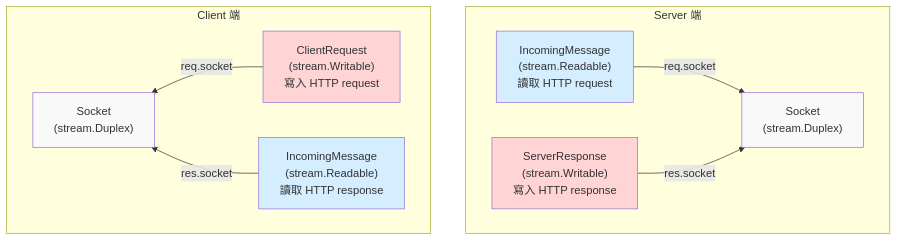
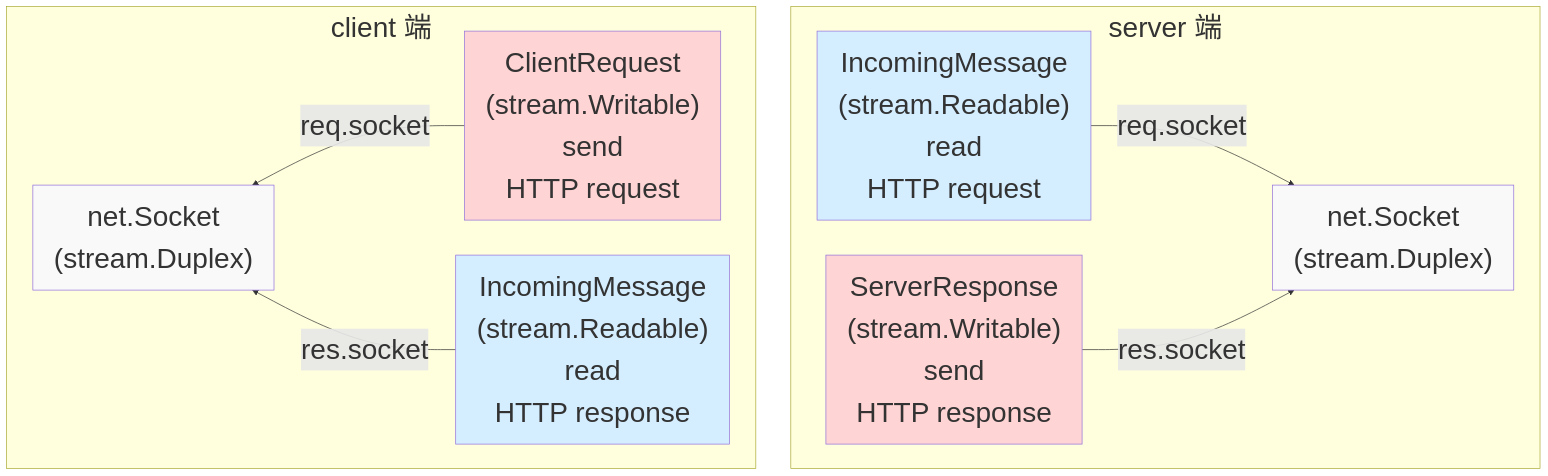
Before and after one commit to samuel871211/yusheng-tech-blog: the third of 5 diagrams in docs/nodejs/stream-overview.md, drawn with Mermaid. The commit also changed other lines of this file, not shown here.

Commit message:
stream 入門 調整版面

````diff
--- a/docs/nodejs/stream-overview.md
+++ b/docs/nodejs/stream-overview.md
@@ -51,30 +51,30 @@
 ```mermaid
-graph TB
-    direction TB
-    subgraph Server["Server 端"]
-        SSocket["Socket<br/>(stream.Duplex)"]
-        SReq["IncomingMessage<br/>(stream.Readable)<br/>讀取 HTTP request"]
-        SRes["ServerResponse<br/>(stream.Writable)<br/>寫入 HTTP response"]
+%%{init: {"themeVariables": {"fontSize": "40px"}}}%%
+graph
+    subgraph Server["server 端"]
+        SSocket["net.Socket<br/>(stream.Duplex)"]
+        SReq["IncomingMessage<br/>(stream.Readable)<br/>read<br/>HTTP request"]
+        SRes["ServerResponse<br/>(stream.Writable)<br/>send<br/>HTTP response"]
 
         SReq -->|req.socket| SSocket
         SRes -->|res.socket| SSocket
     end
 
-    subgraph Client["Client 端"]
+    subgraph Client["client 端"]
         direction RL
-        CSocket["Socket<br/>(stream.Duplex)"]
-        CReq["ClientRequest<br/>(stream.Writable)<br/>寫入 HTTP request"]
-        CRes["IncomingMessage<br/>(stream.Readable)<br/>讀取 HTTP response"]
+        CSocket["net.Socket<br/>(stream.Duplex)"]
+        CReq["ClientRequest<br/>(stream.Writable)<br/>send<br/>HTTP request"]
+        CRes["IncomingMessage<br/>(stream.Readable)<br/>read<br/>HTTP response"]
 
         CReq -->|req.socket| CSocket
         CRes -->|res.socket| CSocket
     end
 
     style CSocket fill:#f9f9f9
     style CReq fill:#ffd4d4
     style CRes fill:#d4edff
 
     style SSocket fill:#f9f9f9
     style SReq fill:#d4edff
     style SRes fill:#ffd4d4
 ```
````
